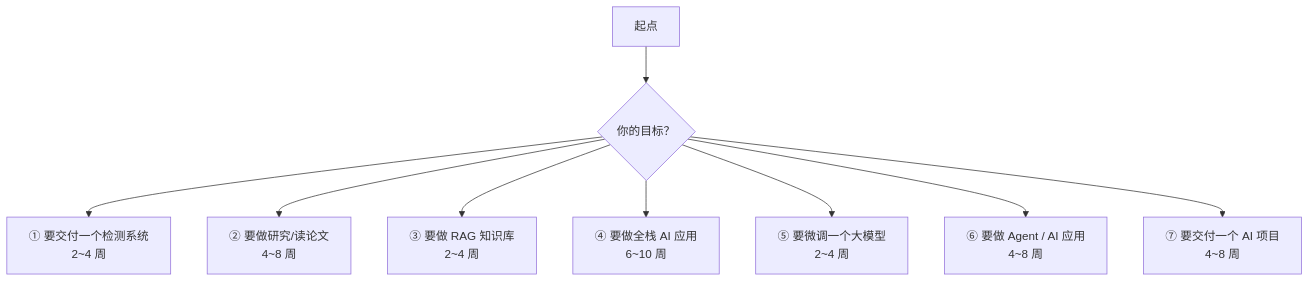
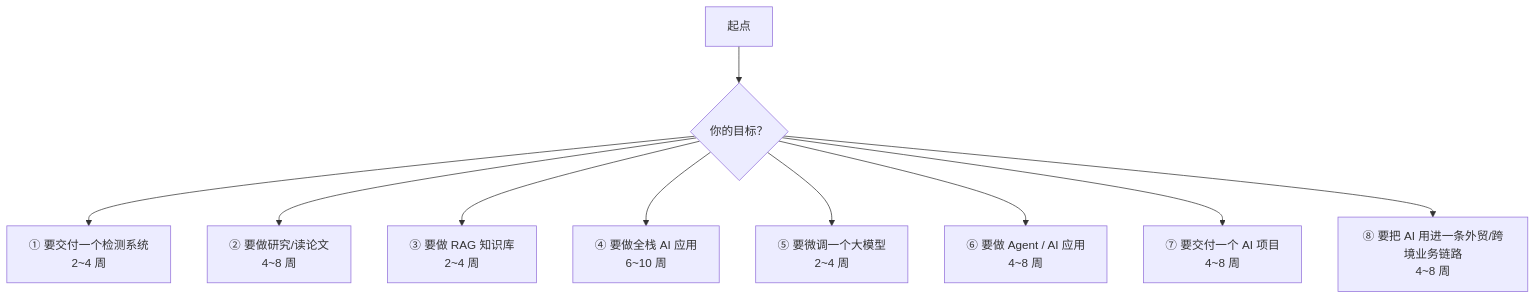
One commit to Michael522020/ai-study-notes changed the diagram in appendix/学习路线图.md. Above: the diagram before and after it, drawn with Mermaid. The commit also changed other lines of this file and 13 other files, not shown here.

````diff
--- a/appendix/学习路线图.md
+++ b/appendix/学习路线图.md
@@ -9,11 +9,12 @@
 ```mermaid
 graph TD
     A["起点"] --> B{"你的目标？"}
     B --> C["① 要交付一个检测系统<br/>2~4 周"]
     B --> D["② 要做研究/读论文<br/>4~8 周"]
     B --> E["③ 要做 RAG 知识库<br/>2~4 周"]
     B --> F["④ 要做全栈 AI 应用<br/>6~10 周"]
     B --> G["⑤ 要微调一个大模型<br/>2~4 周"]
     B --> H["⑥ 要做 Agent / AI 应用<br/>4~8 周"]
     B --> I["⑦ 要交付一个 AI 项目<br/>4~8 周"]
+    B --> J["⑧ 要把 AI 用进一条外贸/跨境业务链路<br/>4~8 周"]
 ```
````
